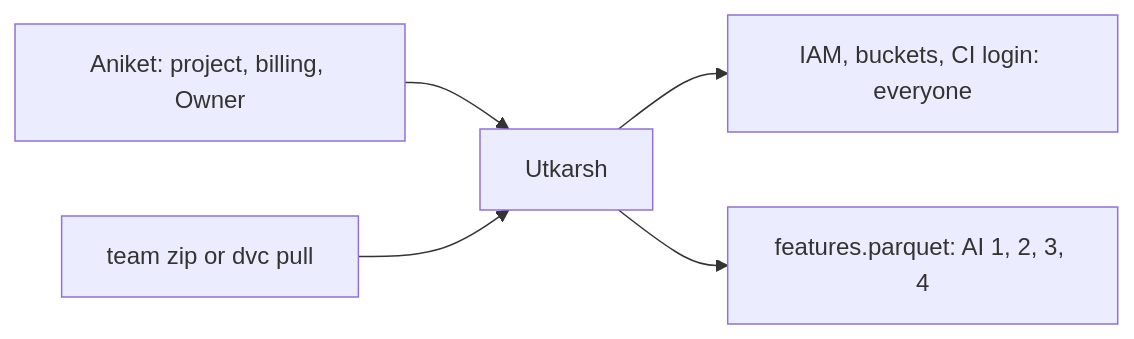
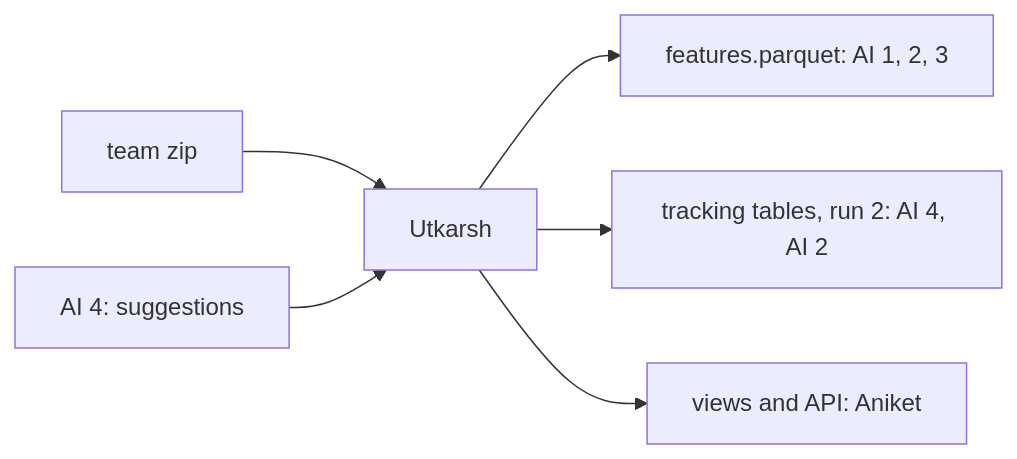
Before and after one commit to Itsme-aniketghosh/Meridian: the diagram in Model-Pipeline/packets/utkarsh-data/README.md, drawn with Mermaid. The commit also changed other lines of this file and 8 other files, not shown here.

````diff
--- a/Model-Pipeline/packets/utkarsh-data/README.md
+++ b/Model-Pipeline/packets/utkarsh-data/README.md
@@ -13,7 +12,8 @@
 ```mermaid
 flowchart LR
-  aniket["Aniket: project, billing, Owner"] --> me["Utkarsh"]
-  zip["team zip or dvc pull"] --> me
-  me --> access["IAM, buckets, CI login: everyone"]
-  me --> feat["features.parquet: AI 1, 2, 3, 4"]
+  zip["team zip"] --> me["Utkarsh"]
+  ai4["AI 4: suggestions"] --> me
+  me --> feat["features.parquet: AI 1, 2, 3"]
+  me --> tables["tracking tables, run 2: AI 4, AI 2"]
+  me --> views["views and API: Aniket"]
 ```
````
